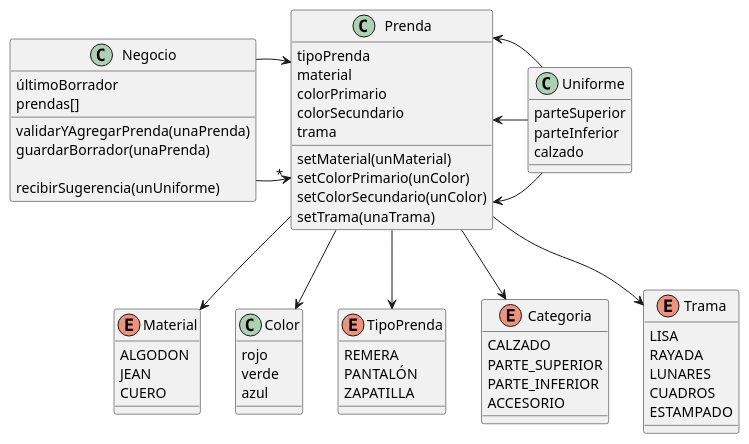
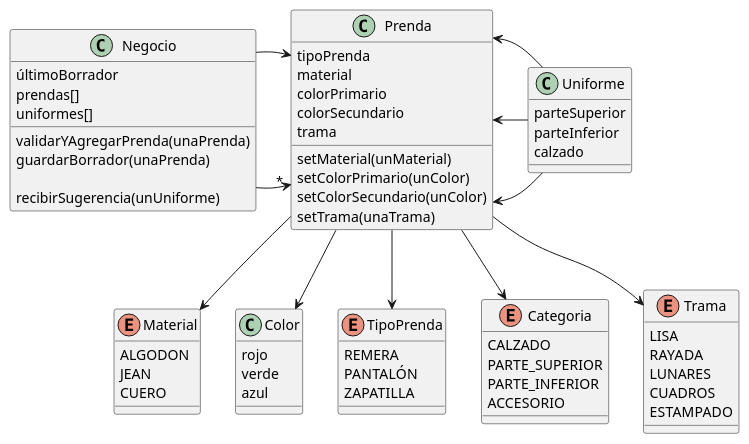
The diagram in SegundaIteracion/diagramaDeclases.plantuml (SwaXTech/QMP-1ra-Iteracion), drawn with PlantUML before and after one commit. The commit also changed 1 other file, not shown here.

Commit message:
Ahora la clase Negocio tiene su lista de uniformes

```diff
--- a/SegundaIteracion/diagramaDeclases.plantuml
+++ b/SegundaIteracion/diagramaDeclases.plantuml
@@ -1,83 +1,84 @@
 @startuml QMP Segunda Iteración
 
 class Prenda{
   tipoPrenda
   material
   colorPrimario
   colorSecundario
   trama
 
   setMaterial(unMaterial)
   setColorPrimario(unColor)
   setColorSecundario(unColor)
   setTrama(unaTrama)
 }
 
 Prenda -d-> Material
 enum Material{
   ALGODON
   JEAN
   CUERO
 }
 
 Prenda -d-> Color
 class Color{
   rojo
   verde
   azul
 }
 
 Prenda -d-> TipoPrenda
 enum TipoPrenda{
   REMERA
   PANTALÓN
   ZAPATILLA
 }
 
 
 Prenda -d-> Categoria
 enum Categoria{
   CALZADO
   PARTE_SUPERIOR
   PARTE_INFERIOR
   ACCESORIO
 }
 
 Prenda -d-> Trama
 enum Trama{
   LISA
   RAYADA
   LUNARES
   CUADROS
   ESTAMPADO
 }
 
 
 Negocio -> "*" Prenda
 Negocio -> Prenda
 class Negocio{
 
   últimoBorrador
   prendas[]
+  uniformes[]
 
   validarYAgregarPrenda(unaPrenda)
   guardarBorrador(unaPrenda)
 
   recibirSugerencia(unUniforme)
 
 }
 
 
 Uniforme -l-> Prenda
 Uniforme -l-> Prenda
 Uniforme -l-> Prenda
 class Uniforme{
   parteSuperior
   parteInferior
   calzado
 }
 
 
 
 
 @enduml
```
